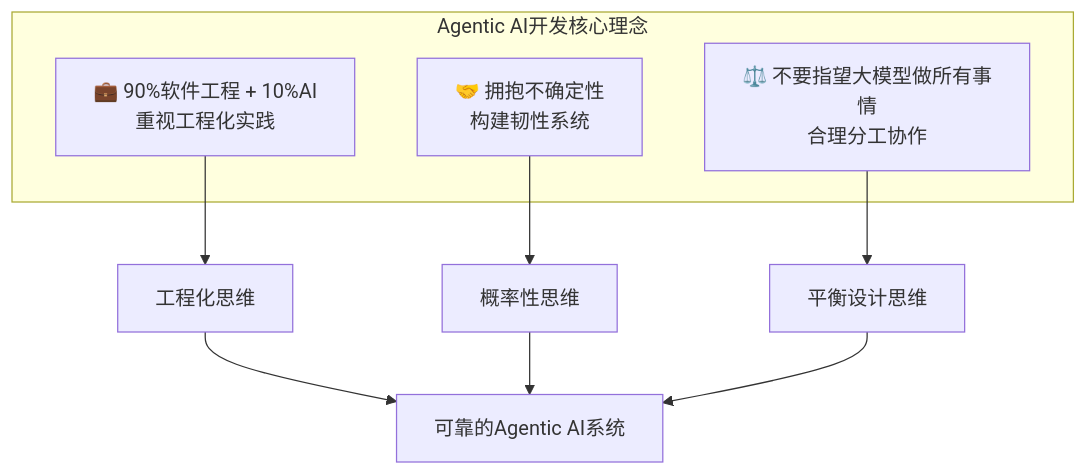
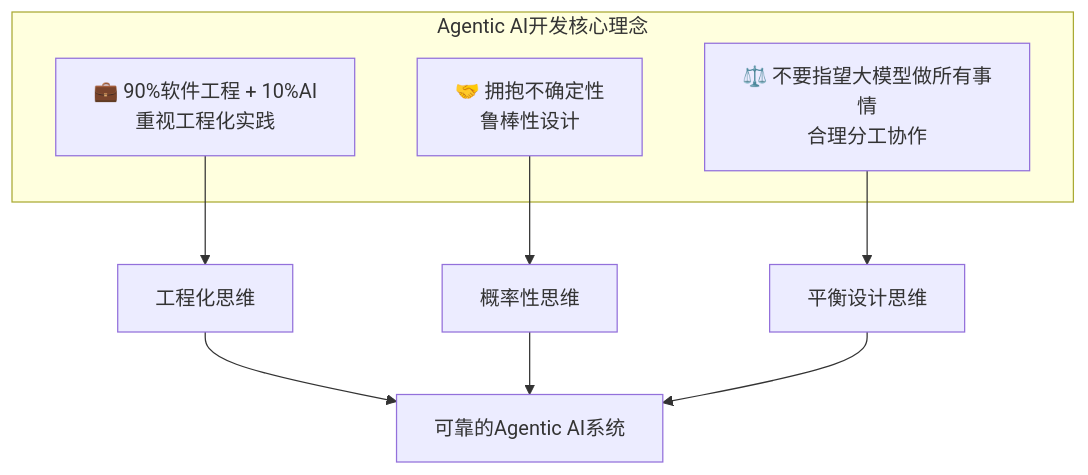
The second of 6 diagrams in 第零部分_Agentic_AI应用的基础认知/0.2_为什么需要新的开发理念.md (youyoude/agi-app-dev-guide-book), drawn with Mermaid before and after one commit. The commit also changed other lines of this file, not shown here.

````diff
--- a/第零部分_Agentic_AI应用的基础认知/0.2_为什么需要新的开发理念.md
+++ b/第零部分_Agentic_AI应用的基础认知/0.2_为什么需要新的开发理念.md
@@ -62,16 +62,16 @@
 ```mermaid
 graph TB
     subgraph "Agentic AI开发核心理念"
         A["💼 90%软件工程 + 10%AI<br/>重视工程化实践"]
-        B["🤝 拥抱不确定性<br/>构建韧性系统"]
+        B["🤝 拥抱不确定性<br/>鲁棒性设计"]
         C["⚖️ 不要指望大模型做所有事情<br/>合理分工协作"]
     end
     
     A --> D[工程化思维]
     B --> E[概率性思维]
     C --> F[平衡设计思维]
     
     D --> G[可靠的Agentic AI系统]
     E --> G
     F --> G
 ```
````
